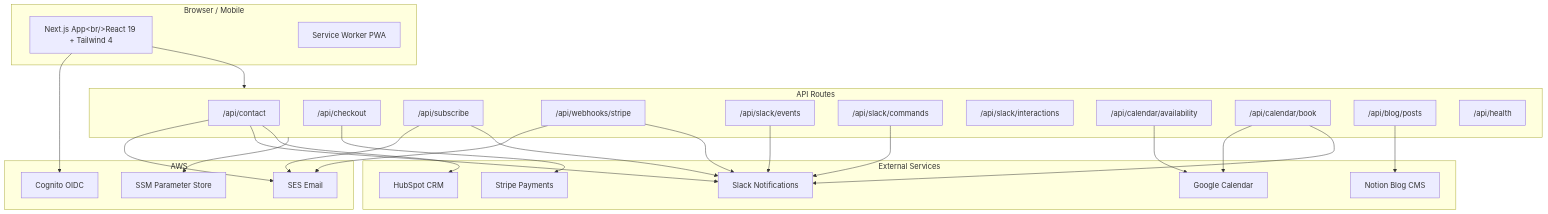
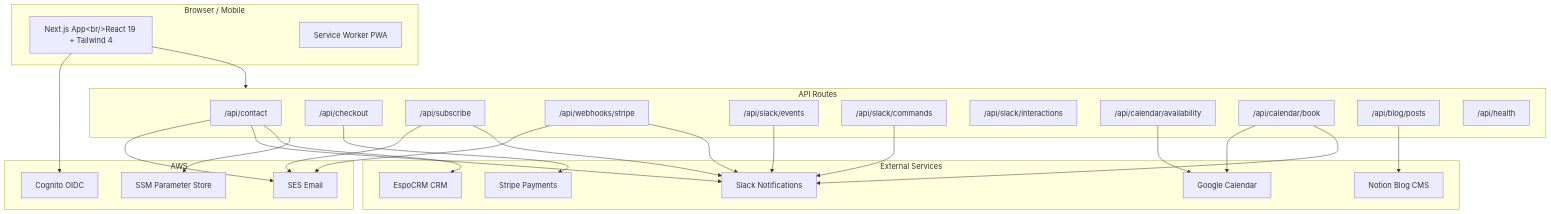
Before and after one commit to Themis128/cloudless.gr: the second of 4 diagrams in README.md, drawn with Mermaid. The commit also changed other lines of this file and 121 other files, not shown here.

````diff
--- a/README.md
+++ b/README.md
@@ -61,51 +61,51 @@
 ```mermaid
 graph TB
     subgraph Client["Browser / Mobile"]
         UI["Next.js App&lt;br/&gt;React 19 + Tailwind 4"]
         SW["Service Worker PWA"]
     end
     subgraph Routes["API Routes"]
         Contact["/api/contact"]
         Checkout["/api/checkout"]
         Subscribe["/api/subscribe"]
         StripeWH["/api/webhooks/stripe"]
         SlackEvt["/api/slack/events"]
         SlackCmd["/api/slack/commands"]
         SlackInt["/api/slack/interactions"]
         CalAvail["/api/calendar/availability"]
         CalBook["/api/calendar/book"]
         Blog["/api/blog/posts"]
         Health["/api/health"]
     end
 
     subgraph AWS["AWS"]
         Cognito["Cognito OIDC"]
         SES["SES Email"]
         SSM["SSM Parameter Store"]
     end
     subgraph External["External Services"]
         Stripe["Stripe Payments"]
         Slack["Slack Notifications"]
-        HubSpot["HubSpot CRM"]
+        EspoCRM["EspoCRM CRM"]
         GCal["Google Calendar"]
         Notion["Notion Blog CMS"]
     end
 
     UI --> Routes
     UI --> Cognito
     Routes --> SSM
     Contact --> SES
     Contact --> Slack
-    Contact --> HubSpot
+    Contact --> EspoCRM
     Subscribe --> SES
     Subscribe --> Slack
     Checkout --> Stripe
     StripeWH --> SES
     StripeWH --> Slack
     CalAvail --> GCal
     CalBook --> GCal
     CalBook --> Slack
     Blog --> Notion
     SlackEvt --> Slack
     SlackCmd --> Slack
 ```
````
